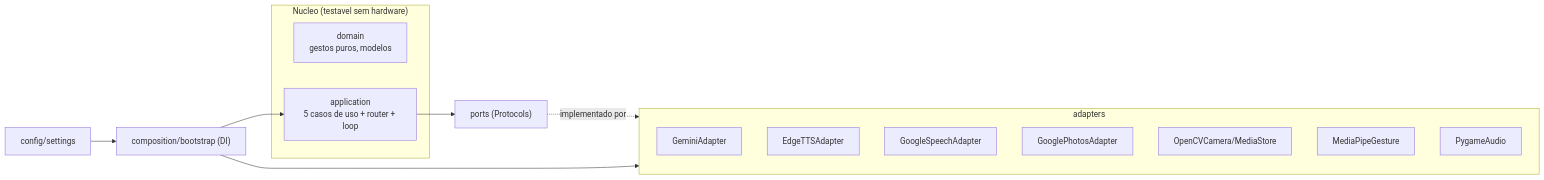
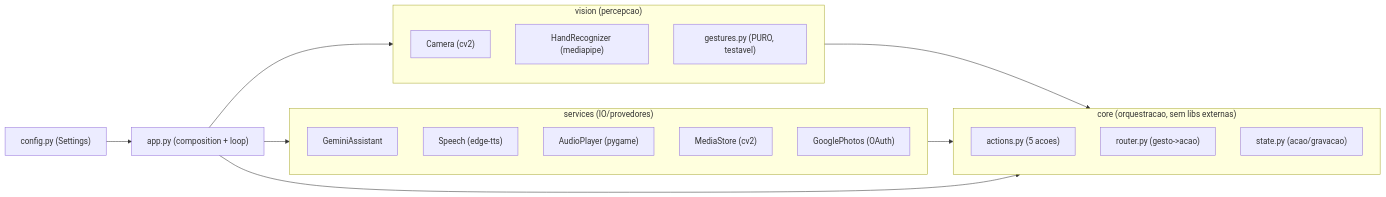
One commit to AndreMoreira00/Jarvis changed the second of 2 diagrams in docs_projeto/arquitetura/2026-06-27_avaliacao_e_plano_refatoracao.md. Above: the diagram before and after it, drawn with Mermaid. The commit also changed other lines of this file and 22 other files, not shown here.

First line of the commit message:
feat: Add architectural decision and references for Jarvis project

````diff
--- a/docs_projeto/arquitetura/2026-06-27_avaliacao_e_plano_refatoracao.md
+++ b/docs_projeto/arquitetura/2026-06-27_avaliacao_e_plano_refatoracao.md
@@ -106,22 +109,26 @@
 ```mermaid
 flowchart LR
-  subgraph core["Nucleo (testavel sem hardware)"]
-    dom["domain<br/>gestos puros, modelos"]
-    app["application<br/>5 casos de uso + router + loop"]
+  subgraph vision["vision (percepcao)"]
+    cam["Camera (cv2)"]
+    rec["HandRecognizer (mediapipe)"]
+    ges["gestures.py (PURO, testavel)"]
   end
-  ports["ports (Protocols)"]
-  app --> ports
-  ports -. implementado por .-> ad
-  subgraph ad["adapters"]
-    a1["GeminiAdapter"]
-    a2["EdgeTTSAdapter"]
-    a3["GoogleSpeechAdapter"]
-    a4["GooglePhotosAdapter"]
-    a5["OpenCVCamera/MediaStore"]
-    a6["MediaPipeGesture"]
-    a7["PygameAudio"]
+  subgraph core["core (orquestracao, sem libs externas)"]
+    act["actions.py (5 acoes)"]
+    rou["router.py (gesto->acao)"]
+    st["state.py (acao/gravacao)"]
   end
-  comp["composition/bootstrap (DI)"] --> app
-  comp --> ad
-  cfg["config/settings"] --> comp
+  subgraph services["services (IO/provedores)"]
+    gem["GeminiAssistant"]
+    tts["Speech (edge-tts)"]
+    aud["AudioPlayer (pygame)"]
+    sto["MediaStore (cv2)"]
+    pho["GooglePhotos (OAuth)"]
+  end
+  vision --> core
+  services --> core
+  app["app.py (composition + loop)"] --> core
+  app --> services
+  app --> vision
+  cfg["config.py (Settings)"] --> app
 ```
````
